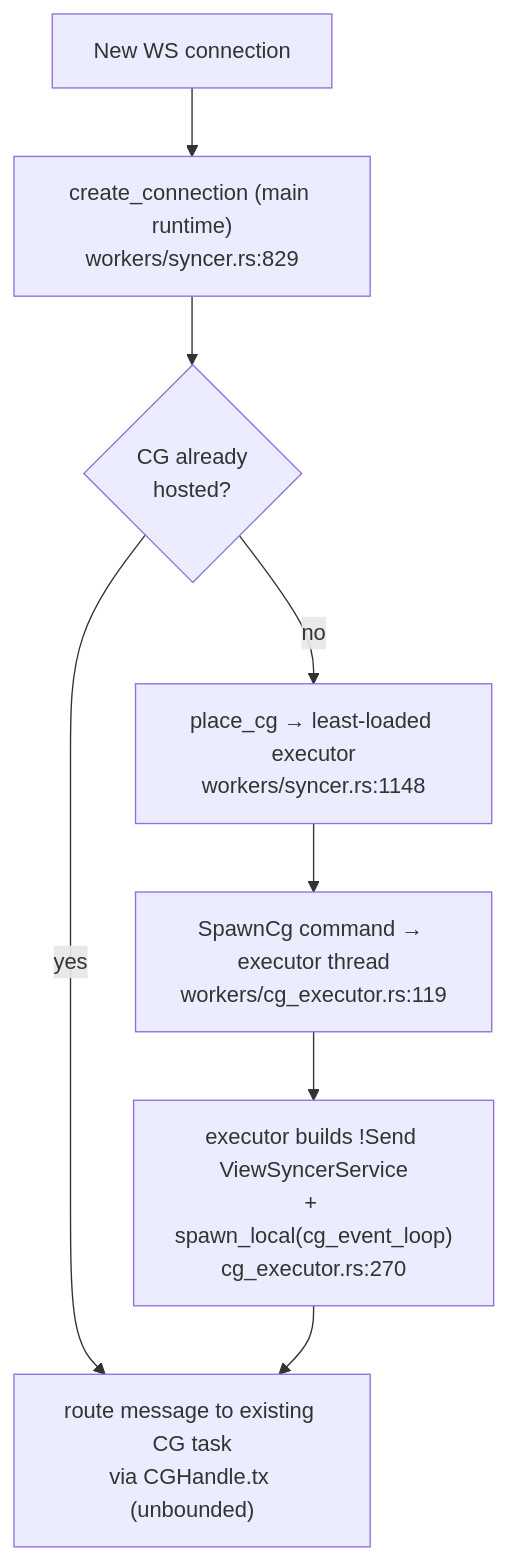
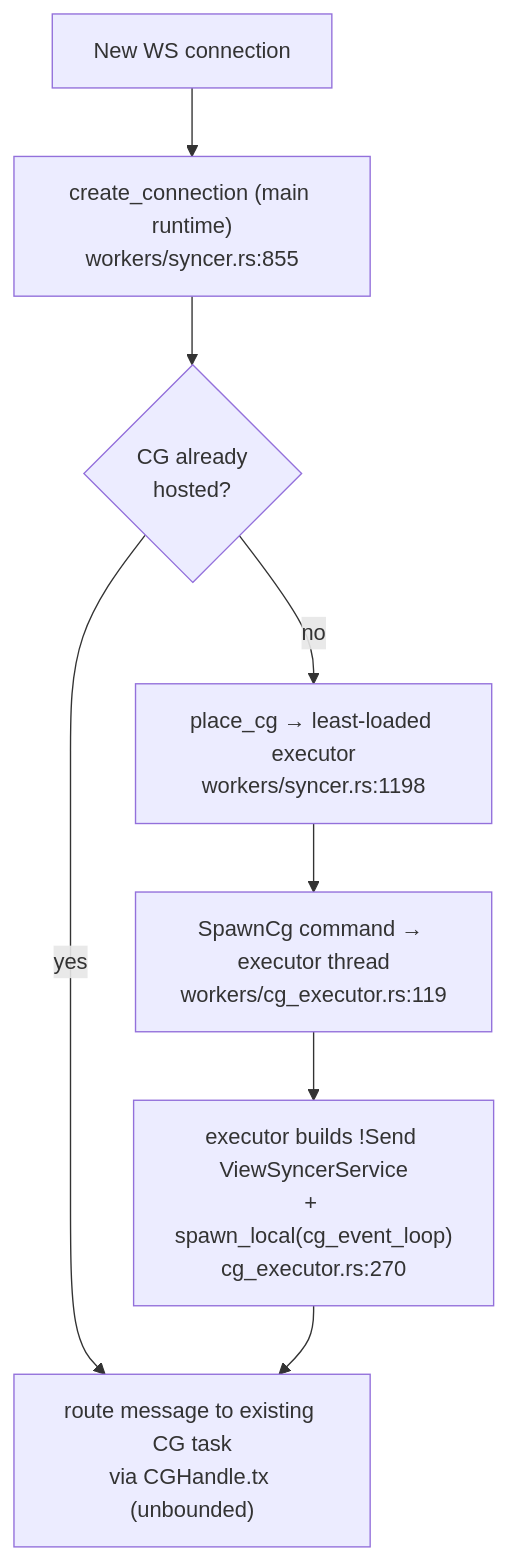
One commit to kartikparsoya-eng/mono-better changed the fourth of 11 diagrams in RUST-SYNCER-ARCHITECTURE.md. Above: the diagram before and after it, drawn with Mermaid. The commit also changed other lines of this file and 150 other files, not shown here.

````diff
--- a/RUST-SYNCER-ARCHITECTURE.md
+++ b/RUST-SYNCER-ARCHITECTURE.md
@@ -159,10 +159,10 @@
 ```mermaid
 flowchart TB
-    NC["New WS connection"] --> HC["create_connection (main runtime)<br/>workers/syncer.rs:829"]
+    NC["New WS connection"] --> HC["create_connection (main runtime)<br/>workers/syncer.rs:855"]
     HC --> EXIST{"CG already<br/>hosted?"}
     EXIST -->|yes| ROUTE["route message to existing CG task<br/>via CGHandle.tx (unbounded)"]
-    EXIST -->|no| PLACE["place_cg → least-loaded executor<br/>workers/syncer.rs:1148"]
+    EXIST -->|no| PLACE["place_cg → least-loaded executor<br/>workers/syncer.rs:1198"]
     PLACE --> SPAWN["SpawnCg command → executor thread<br/>workers/cg_executor.rs:119"]
     SPAWN --> BUILD["executor builds !Send ViewSyncerService<br/>+ spawn_local(cg_event_loop)<br/>cg_executor.rs:270"]
     BUILD --> ROUTE
 ```
````
